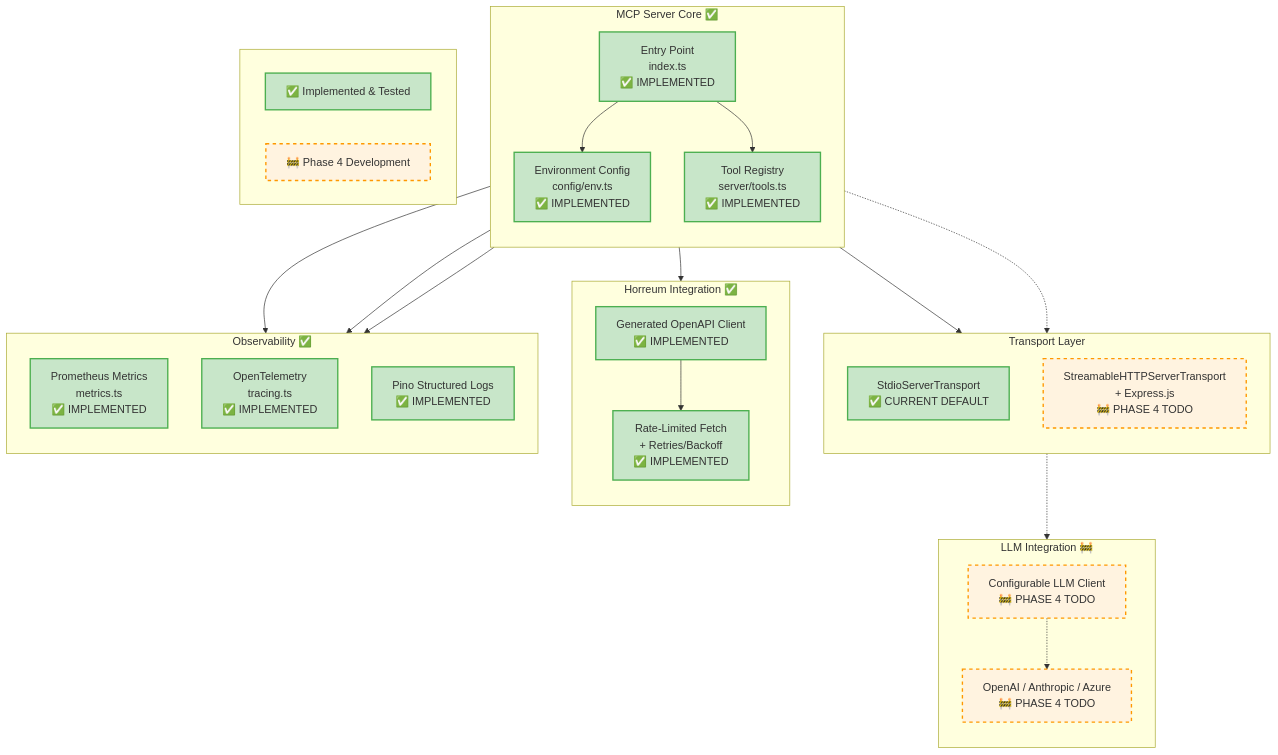
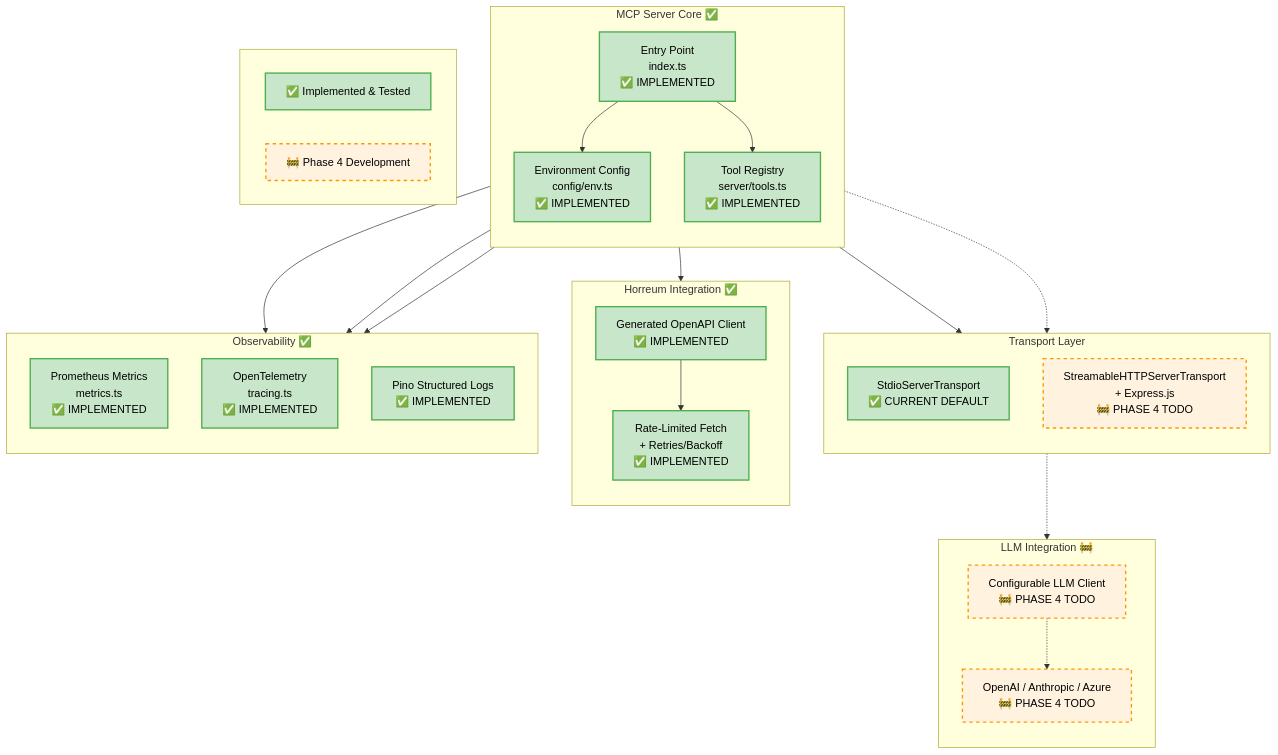
Before and after one commit to dustinblack/horreum-mcp: the fourth of 4 diagrams in README.md, drawn with Mermaid. The commit also changed other lines of this file, not shown here.

First line of the commit message:
fix(docs): improve text contrast in Mermaid diagrams

````diff
--- a/README.md
+++ b/README.md
@@ -173,61 +173,61 @@
 ```mermaid
 graph TB
     subgraph "MCP Server Core ✅"
         direction TB
         ENTRY[Entry Point<br/>index.ts<br/>✅ IMPLEMENTED]
         TOOLS[Tool Registry<br/>server/tools.ts<br/>✅ IMPLEMENTED]
         ENV[Environment Config<br/>config/env.ts<br/>✅ IMPLEMENTED]
     end
     
     subgraph "Transport Layer"
         direction TB
         STDIO_T[StdioServerTransport<br/>✅ CURRENT DEFAULT]
         HTTP_T[StreamableHTTPServerTransport<br/>+ Express.js<br/>🚧 PHASE 4 TODO]
     end
     
     subgraph "Horreum Integration ✅"
         direction TB
         CLIENT[Generated OpenAPI Client<br/>✅ IMPLEMENTED]
         FETCH[Rate-Limited Fetch<br/>+ Retries/Backoff<br/>✅ IMPLEMENTED]
     end
     
     subgraph "LLM Integration 🚧"
         direction TB
         LLM_CLIENT[Configurable LLM Client<br/>🚧 PHASE 4 TODO]
         PROVIDERS[OpenAI / Anthropic / Azure<br/>🚧 PHASE 4 TODO]
     end
     
     subgraph "Observability ✅"
         direction TB
         METRICS[Prometheus Metrics<br/>metrics.ts<br/>✅ IMPLEMENTED]
         TRACING[OpenTelemetry<br/>tracing.ts<br/>✅ IMPLEMENTED]
         LOGGING[Pino Structured Logs<br/>✅ IMPLEMENTED]
     end
     
     ENTRY --> ENV
     ENTRY --> TOOLS
     ENTRY --> STDIO_T
     ENTRY -.-> HTTP_T
     TOOLS --> CLIENT
     CLIENT --> FETCH
     HTTP_T -.-> LLM_CLIENT
     LLM_CLIENT -.-> PROVIDERS
     TOOLS --> METRICS
     TOOLS --> TRACING
     TOOLS --> LOGGING
     
-    classDef implemented fill:#c8e6c9,stroke:#4caf50,stroke-width:2px
-    classDef planned fill:#fff3e0,stroke:#ff9800,stroke-width:2px,stroke-dasharray: 5 5
+    classDef implemented fill:#c8e6c9,stroke:#4caf50,stroke-width:2px,color:#000000
+    classDef planned fill:#fff3e0,stroke:#ff9800,stroke-width:2px,stroke-dasharray: 5 5,color:#000000
     
     class ENTRY,TOOLS,ENV,STDIO_T,CLIENT,FETCH,METRICS,TRACING,LOGGING implemented
     class HTTP_T,LLM_CLIENT,PROVIDERS planned
     
     %% Implementation Status
     subgraph Status[" "]
         S1[✅ Implemented & Tested]
         S2[🚧 Phase 4 Development]
     end
     
     class S1 implemented
     class S2 planned
 ```
````
